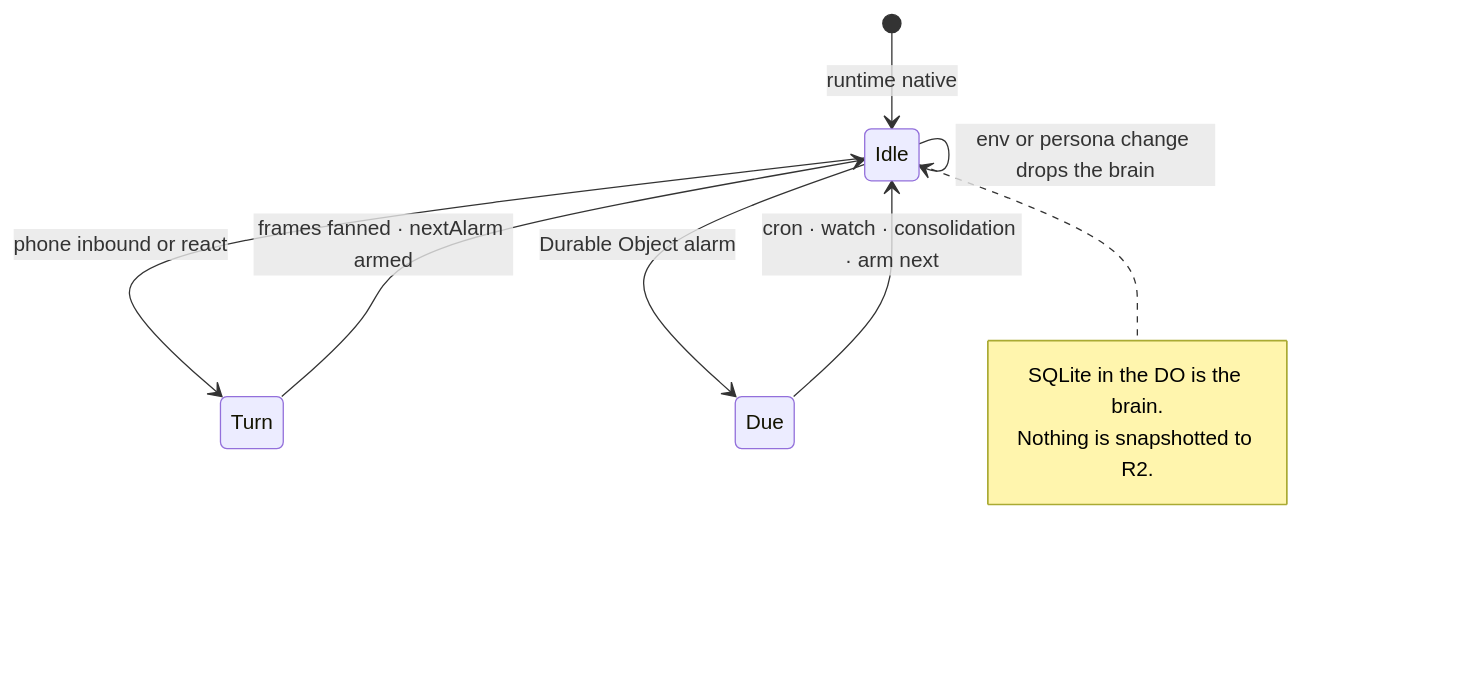
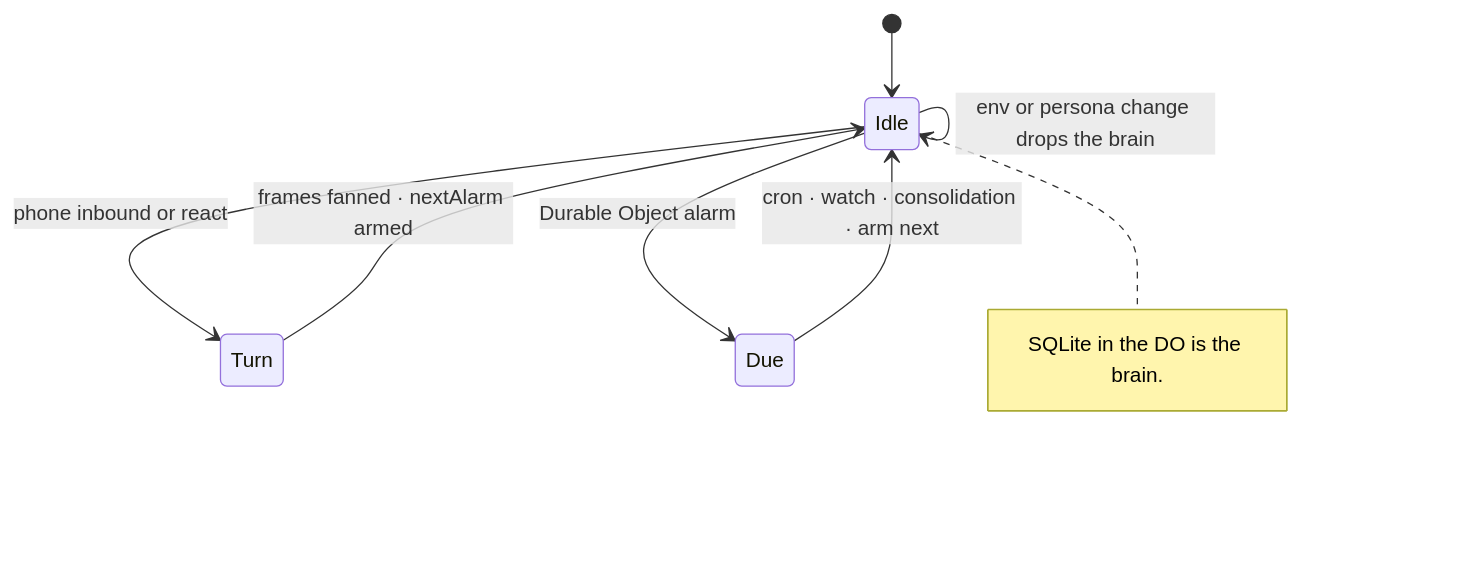
Before and after one commit to shotah/gantree2: the seventh of 11 diagrams in docs/architecture.md, drawn with Mermaid. The commit also changed other lines of this file and 115 other files, not shown here.

````diff
--- a/docs/architecture.md
+++ b/docs/architecture.md
@@ -305,14 +292,13 @@
 ```mermaid
 stateDiagram-v2
-  [*] --> Idle : runtime native
+  [*] --> Idle
   Idle --> Turn : phone inbound or react
   Turn --> Idle : frames fanned · nextAlarm armed
   Idle --> Due : Durable Object alarm
   Due --> Idle : cron · watch · consolidation · arm next
   Idle --> Idle : env or persona change drops the brain
 
   note right of Idle
     SQLite in the DO is the brain.
-    Nothing is snapshotted to R2.
   end note
 ```
````
